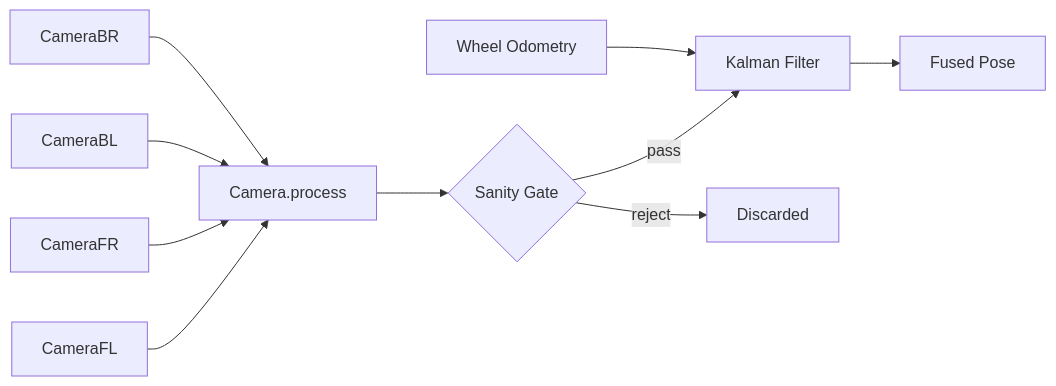
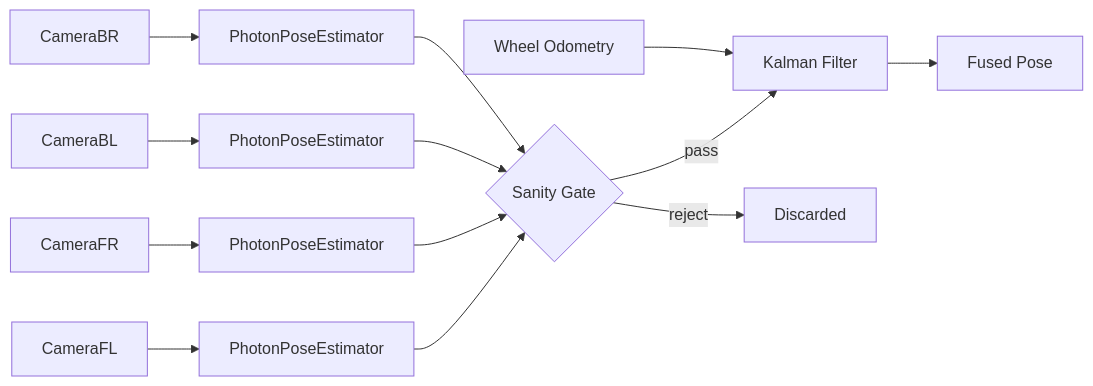
One commit to OlympusRobotics/Olympus_Robotics_FRC changed the diagram in Theseus/VISION.md. Above: the diagram before and after it, drawn with Mermaid. The commit also changed other lines of this file and 5 other files, not shown here.

Commit message:
Switch vision to PhotonPoseEstimator with multi-tag PNP on coprocessor, LOWEST_AMBIGUITY fallback, vision-seeded pose init, sanity gates, scaled std devs, corrected transforms, and updated docs

````diff
--- a/Theseus/VISION.md
+++ b/Theseus/VISION.md
@@ -9,12 +11,15 @@
 ```mermaid
 graph LR
-    FL[CameraFL] --> P[Camera.process]
-    FR[CameraFR] --> P
-    BL[CameraBL] --> P
-    BR[CameraBR] --> P
-    P --> G{Sanity Gate}
+    FL[CameraFL] --> PE1[PhotonPoseEstimator]
+    FR[CameraFR] --> PE2[PhotonPoseEstimator]
+    BL[CameraBL] --> PE3[PhotonPoseEstimator]
+    BR[CameraBR] --> PE4[PhotonPoseEstimator]
+    PE1 --> G{Sanity Gate}
+    PE2 --> G
+    PE3 --> G
+    PE4 --> G
     G -->|pass| K[Kalman Filter]
     G -->|reject| X[Discarded]
     K --> Pose[Fused Pose]
     Odom[Wheel Odometry] --> K
 ```
````
